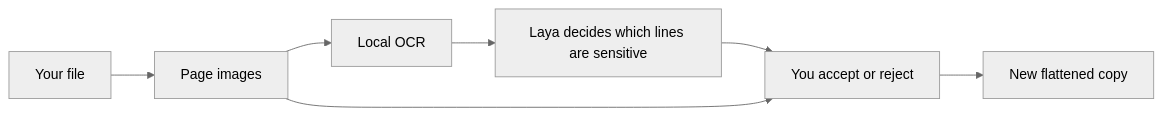
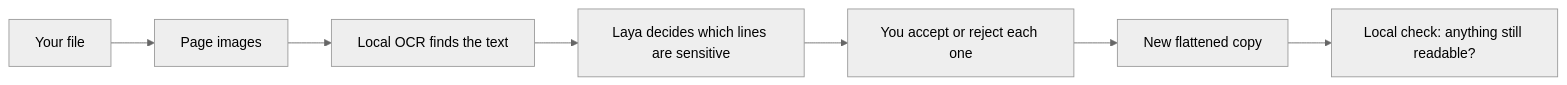
Before and after one commit to danielAsaboro/bring-ai-home: the diagram in docs/redact/overview.mdx, drawn with Mermaid (neutral theme). The commit also changed other lines of this file and 1 other file, not shown here.

````diff
--- a/docs/redact/overview.mdx
+++ b/docs/redact/overview.mdx
@@ -8,9 +36,9 @@
 ```mermaid
 flowchart LR
   A[Your file] --> B[Page images]
-  B --> C[Local OCR]
+  B --> C[Local OCR finds the text]
   C --> D[Laya decides which lines are sensitive]
-  D --> E[You accept or reject]
-  B --> E
+  D --> E[You accept or reject each one]
   E --> F[New flattened copy]
+  F --> G[Local check: anything still readable?]
 ```
````
